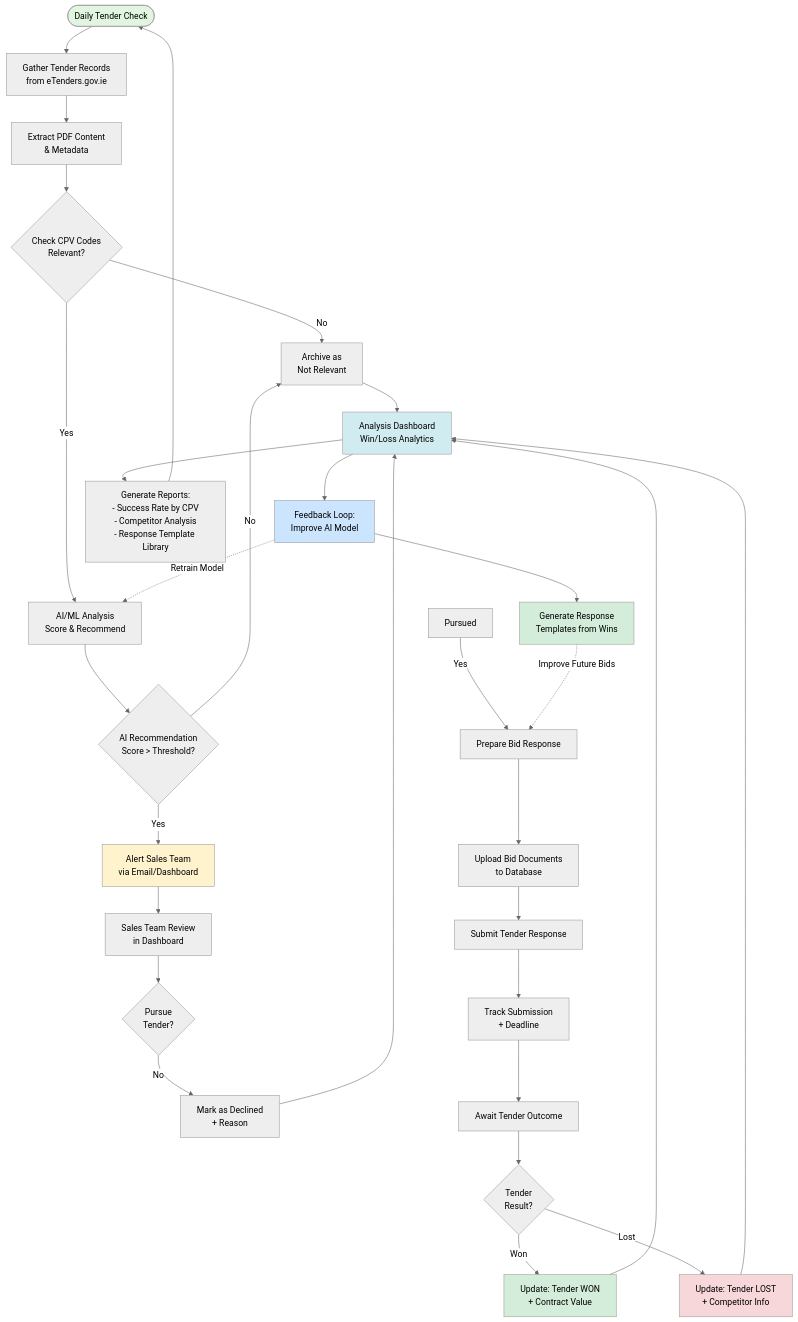
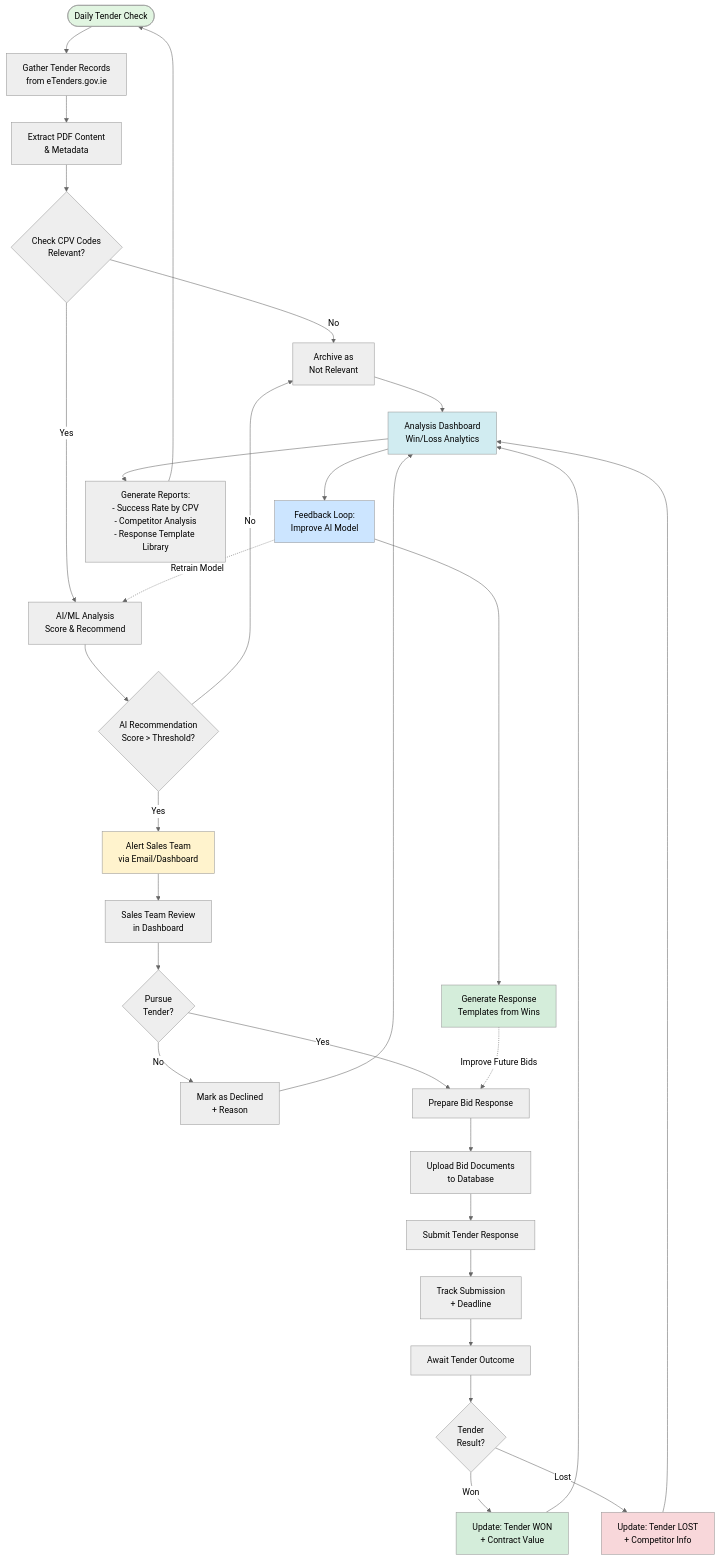
One commit to robertsweetman/module_4 changed the first of 2 diagrams in mdbook/src/2_stakeholder_engagement.md. Above: the diagram before and after it, drawn with Mermaid (neutral theme).

Commit message:
fix diagram output

````diff
--- a/mdbook/src/2_stakeholder_engagement.md
+++ b/mdbook/src/2_stakeholder_engagement.md
@@ -105,52 +105,52 @@
 ```mermaid
 flowchart TD
     Start([Daily Tender Check]) --> Gather[Gather Tender Records<br/>from eTenders.gov.ie]
     Gather --> PDF[Extract PDF Content<br/>& Metadata]
     PDF --> CPV{Check CPV Codes<br/>Relevant?}
     
     CPV -->|No| Archive[Archive as<br/>Not Relevant]
     CPV -->|Yes| AI[AI/ML Analysis<br/>Score & Recommend]
     
     AI --> Decision{AI Recommendation<br/>Score > Threshold?}
     Decision -->|No| Archive
     Decision -->|Yes| Alert[Alert Sales Team<br/>via Email/Dashboard]
     
     Alert --> Review[Sales Team Review<br/>in Dashboard]
     Review --> Pursue{Pursue<br/>Tender?}
     
     Pursue -->|No| Declined[Mark as Declined<br/>+ Reason]
-    Pursued -->|Yes| BidPrep[Prepare Bid Response]
+    Pursue -->|Yes| BidPrep[Prepare Bid Response]
     
     BidPrep --> UploadDoc[Upload Bid Documents<br/>to Database]
     UploadDoc --> Submit[Submit Tender Response]
     
     Submit --> Track[Track Submission<br/>+ Deadline]
     Track --> Outcome[Await Tender Outcome]
     
     Outcome --> Result{Tender<br/>Result?}
     Result -->|Won| Won[Update: Tender WON<br/>+ Contract Value]
     Result -->|Lost| Lost[Update: Tender LOST<br/>+ Competitor Info]
     
     Won --> Analysis[Analysis Dashboard<br/>Win/Loss Analytics]
     Lost --> Analysis
     Declined --> Analysis
     Archive --> Analysis
     
     Analysis --> Feedback[Feedback Loop:<br/>Improve AI Model]
     Feedback --> Templates[Generate Response<br/>Templates from Wins]
     
     Templates -.->|Improve Future Bids| BidPrep
     Feedback -.->|Retrain Model| AI
     
     Analysis --> Reports[Generate Reports:<br/>- Success Rate by CPV<br/>- Competitor Analysis<br/>- Response Template Library]
     
     Reports --> Start
 
     style Start fill:#e1f5e1
     style Alert fill:#fff3cd
     style Won fill:#d4edda
     style Lost fill:#f8d7da
     style Analysis fill:#d1ecf1
     style Feedback fill:#cce5ff
     style Templates fill:#d4edda
 ```
````
